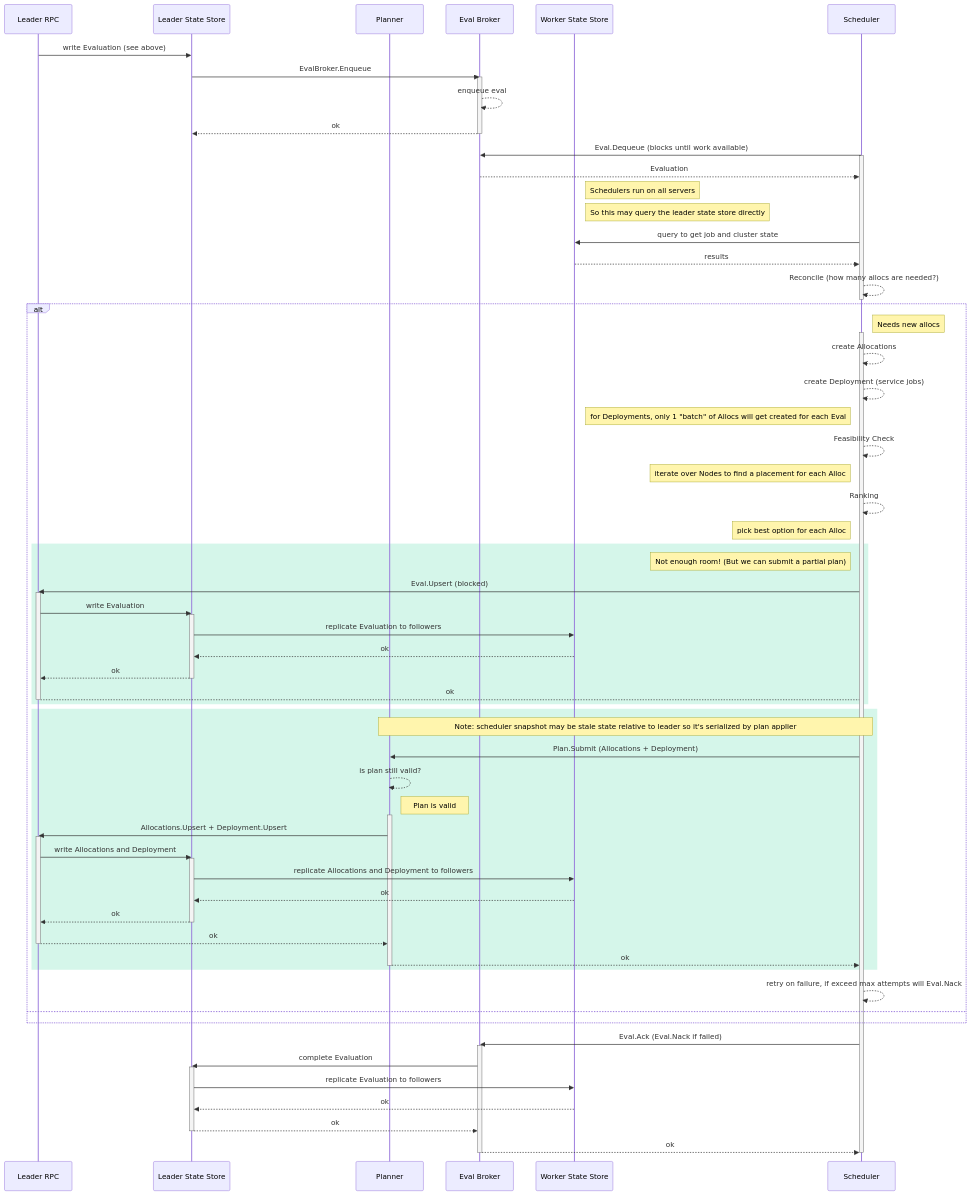
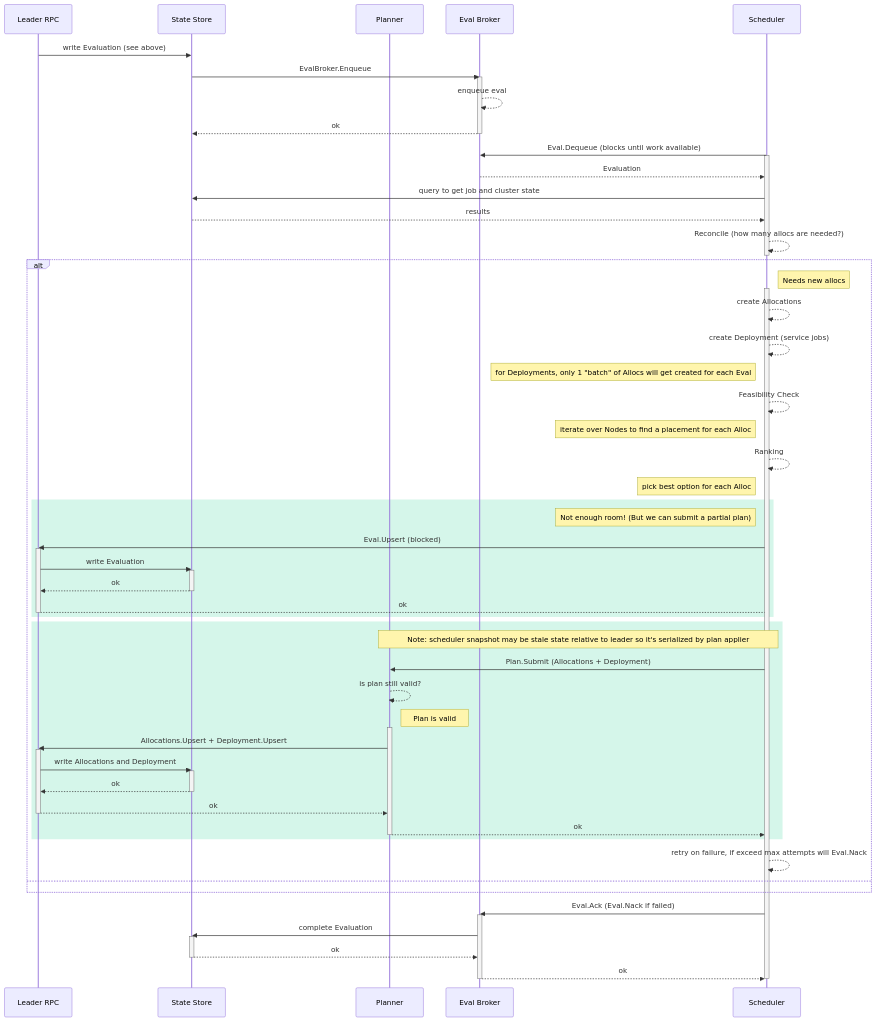
The second of 4 diagrams in contributing/architecture-eval-lifecycle.md (hashicorp/nomad), drawn with Mermaid before and after one commit. The commit also changed other lines of this file, not shown here.

Commit message:
make state store atomic

```diff
--- a/contributing/architecture-eval-lifecycle.md
+++ b/contributing/architecture-eval-lifecycle.md
@@ -151,28 +152,24 @@
 sequenceDiagram
 
     participant leaderRpc as Leader RPC
-    participant leaderFSM as Leader State Store
+    participant stateStore as State Store
     participant planner as Planner
     participant broker as Eval Broker
-    participant workerFSM as Worker State Store
     participant sched as Scheduler
 
-    leaderRpc ->> leaderFSM: write Evaluation (see above)
-    leaderFSM ->> broker: EvalBroker.Enqueue
+    leaderRpc ->> stateStore: write Evaluation (see above)
+    stateStore ->> broker: EvalBroker.Enqueue
     activate broker
     broker -->> broker: enqueue eval
-    broker -->> leaderFSM: ok
+    broker -->> stateStore: ok
     deactivate broker
 
     sched ->> broker: Eval.Dequeue (blocks until work available)
     activate sched
     broker -->> sched: Evaluation
 
-    Note right of workerFSM: Schedulers run on all servers
-    Note right of workerFSM: So this may query the leader state store directly
-
-    sched ->> workerFSM: query to get job and cluster state
-    workerFSM -->> sched: results
+    sched ->> stateStore: query to get job and cluster state
+    stateStore -->> sched: results
 
     sched -->> sched: Reconcile (how many allocs are needed?)
     deactivate sched
@@ -193,12 +190,10 @@
             Note left of sched: Not enough room! (But we can submit a partial plan)
             sched ->> leaderRpc: Eval.Upsert (blocked)
             activate leaderRpc
-            leaderRpc ->> leaderFSM: write Evaluation
-            activate leaderFSM
-            leaderFSM ->> workerFSM: replicate Evaluation to followers
-            workerFSM -->> leaderFSM: ok
-            leaderFSM -->> leaderRpc: ok
-            deactivate leaderFSM
+            leaderRpc ->> stateStore: write Evaluation
+            activate stateStore
+            stateStore -->> leaderRpc: ok
+            deactivate stateStore
             leaderRpc --> sched: ok
             deactivate leaderRpc
         end
@@ -217,12 +212,10 @@
 
             planner ->> leaderRpc: Allocations.Upsert + Deployment.Upsert
             activate leaderRpc
-            leaderRpc ->> leaderFSM: write Allocations and Deployment
-            activate leaderFSM
-            leaderFSM ->> workerFSM: replicate Allocations and Deployment to followers
-            workerFSM -->> leaderFSM: ok
-            leaderFSM -->> leaderRpc: ok
-            deactivate leaderFSM
+            leaderRpc ->> stateStore: write Allocations and Deployment
+            activate stateStore
+            stateStore -->> leaderRpc: ok
+            deactivate stateStore
             leaderRpc -->> planner: ok
             deactivate leaderRpc
             planner -->> sched: ok
@@ -239,12 +232,10 @@
 
     sched ->> broker: Eval.Ack (Eval.Nack if failed)
     activate broker
-    broker ->> leaderFSM: complete Evaluation
-    activate leaderFSM
-    leaderFSM ->> workerFSM: replicate Evaluation to followers
-    workerFSM -->> leaderFSM: ok
-    leaderFSM -->> broker: ok
-    deactivate leaderFSM
+    broker ->> stateStore: complete Evaluation
+    activate stateStore
+    stateStore -->> broker: ok
+    deactivate stateStore
     broker -->> sched: ok
     deactivate broker
     deactivate sched
```
